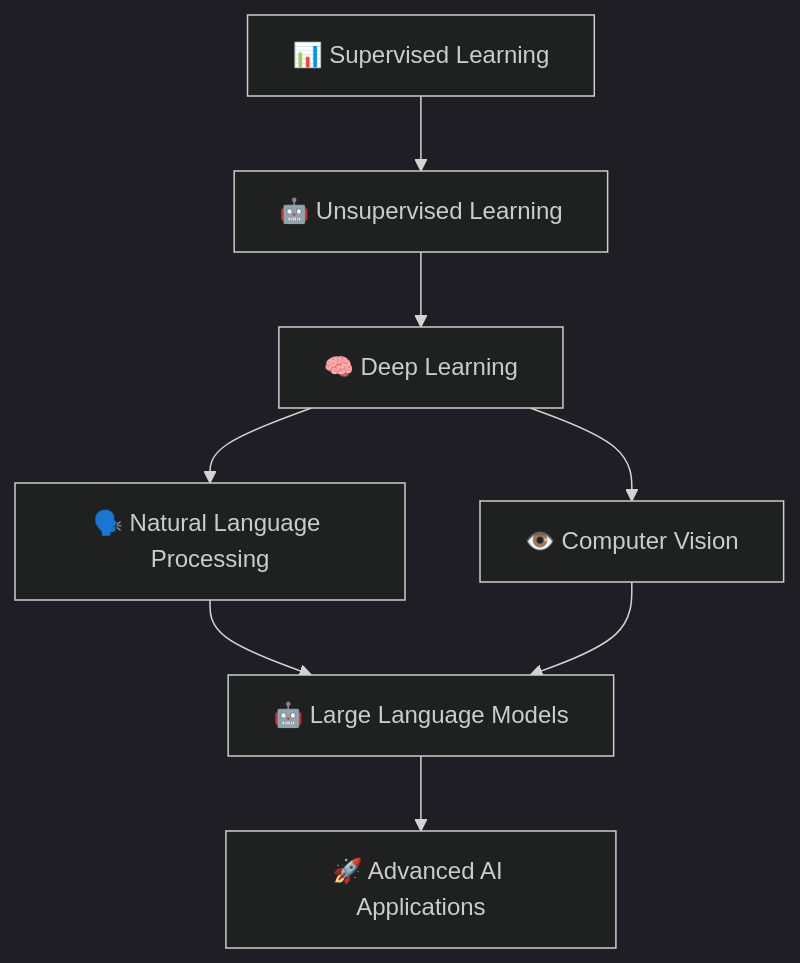
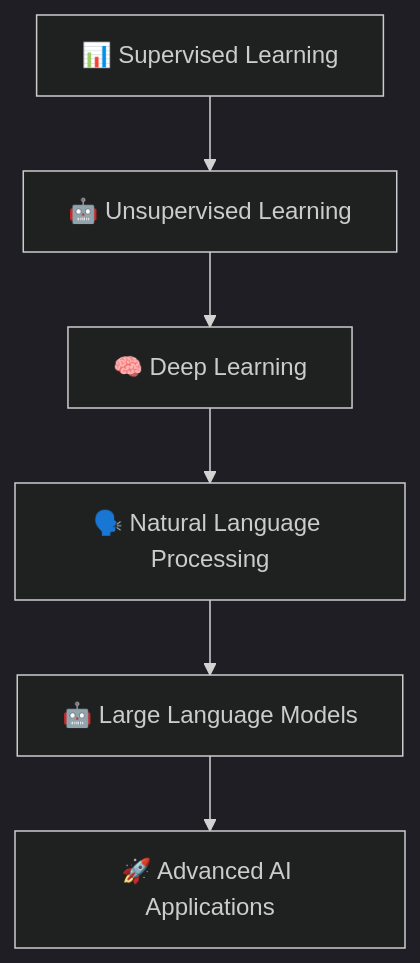
One commit to Harry-231/MachineLearning101 changed the diagram in README.md. Above: the diagram before and after it, drawn with Mermaid (dark theme). The commit also changed other lines of this file, not shown here.

````diff
--- a/README.md
+++ b/README.md
@@ -21,10 +56,8 @@
 ```mermaid
 graph TD
     A[📊 Supervised Learning] --> B[🤖 Unsupervised Learning]
     B --> C[🧠 Deep Learning]
     C --> D[🗣️ Natural Language Processing]
-    C --> E[👁️ Computer Vision]
-    D --> F[🤖 Large Language Models]
-    E --> F
-    F --> G[🚀 Advanced AI Applications]
+    D --> E[🤖 Large Language Models]
+    E --> F[🚀 Advanced AI Applications]
 ```
````
